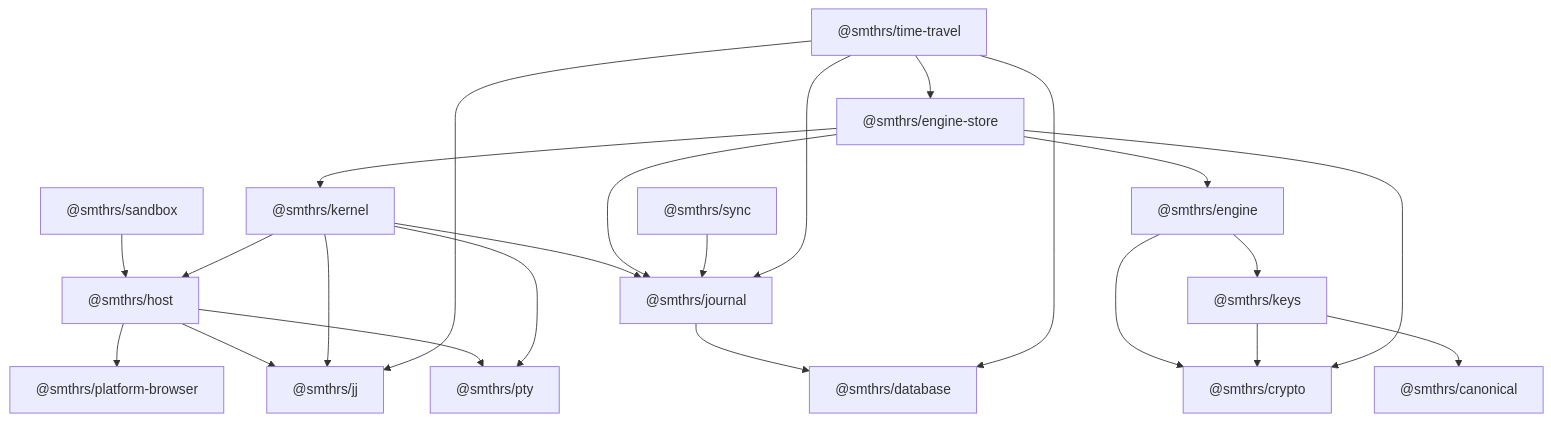
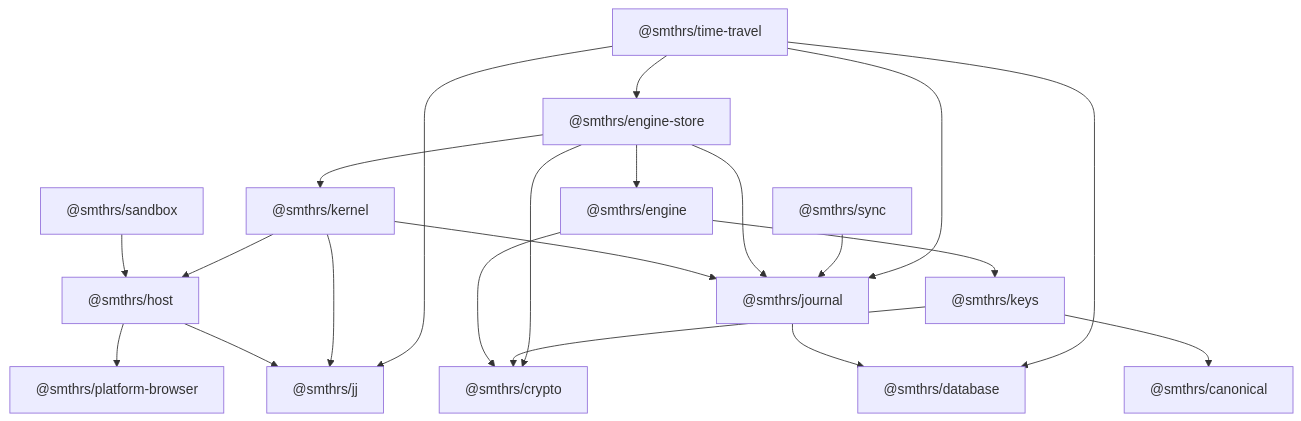
The diagram in docs/architecture/package-map.md (smithersai/flows), drawn with Mermaid before and after one commit. The commit also changed other lines of this file and 14 other files, not shown here.

````diff
--- a/docs/architecture/package-map.md
+++ b/docs/architecture/package-map.md
@@ -7,34 +7,31 @@
 ```mermaid
 flowchart TD
   H["@smthrs/host"]
   JJ["@smthrs/jj"]
-  PTY["@smthrs/pty"]
   SB["@smthrs/sandbox"]
   PB["@smthrs/platform-browser"]
   D["@smthrs/database"]
   C["@smthrs/canonical"]
   Crypto["@smthrs/crypto"]
 
   J["@smthrs/journal"] --> D
   H --> JJ
-  H --> PTY
   H --> PB
   SB --> H
   K["@smthrs/kernel"] --> H
   K --> JJ
-  K --> PTY
   K --> J
   W["@smthrs/engine"] --> Keys["@smthrs/keys"]
   W --> Crypto
   Keys --> C
   Keys --> Crypto
   E["@smthrs/engine-store"] --> W
   E --> Crypto
   E --> J
   E --> K
   S["@smthrs/sync"] --> J
   T["@smthrs/time-travel"] --> D
   T --> E
   T --> JJ
   T --> J
 ```
````
